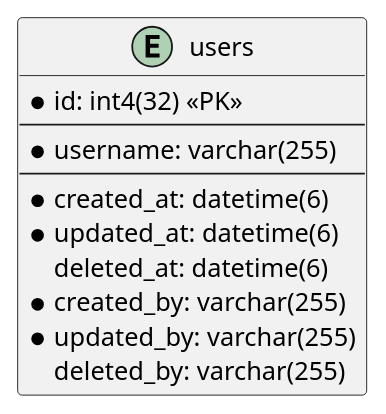
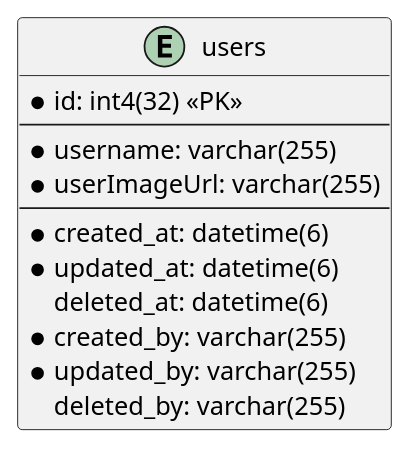
The diagram in solution/schemas/users.plantuml (faithong-tati/talk-quarium), drawn with PlantUML before and after one commit. The commit also changed 12 other files, not shown here.

```diff
--- a/solution/schemas/users.plantuml
+++ b/solution/schemas/users.plantuml
@@ -1,14 +1,15 @@
 @startuml users
 entity users {
   * id: int4(32) <<PK>>
   --
   * username: varchar(255)
+  * userImageUrl: varchar(255)
   --
   * created_at: datetime(6)
   * updated_at: datetime(6)
   deleted_at: datetime(6)
   * created_by: varchar(255)
   * updated_by: varchar(255)
   deleted_by: varchar(255)
 }
 @enduml
```
